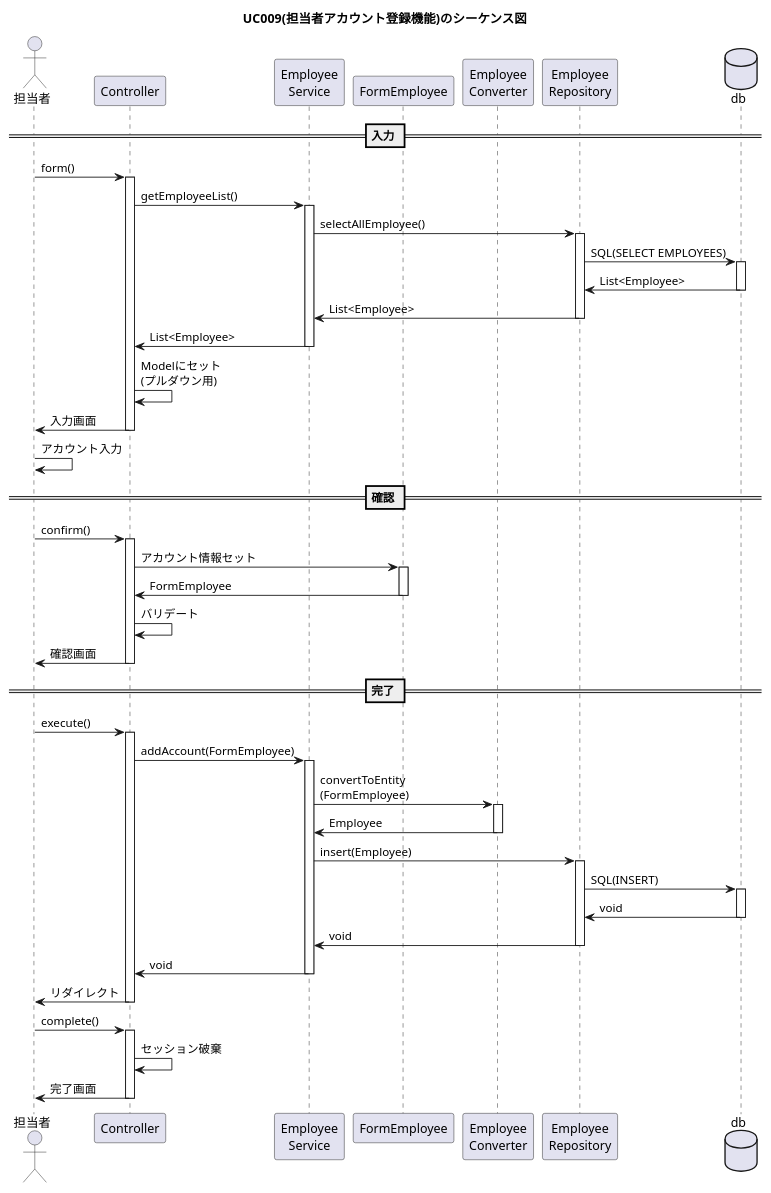
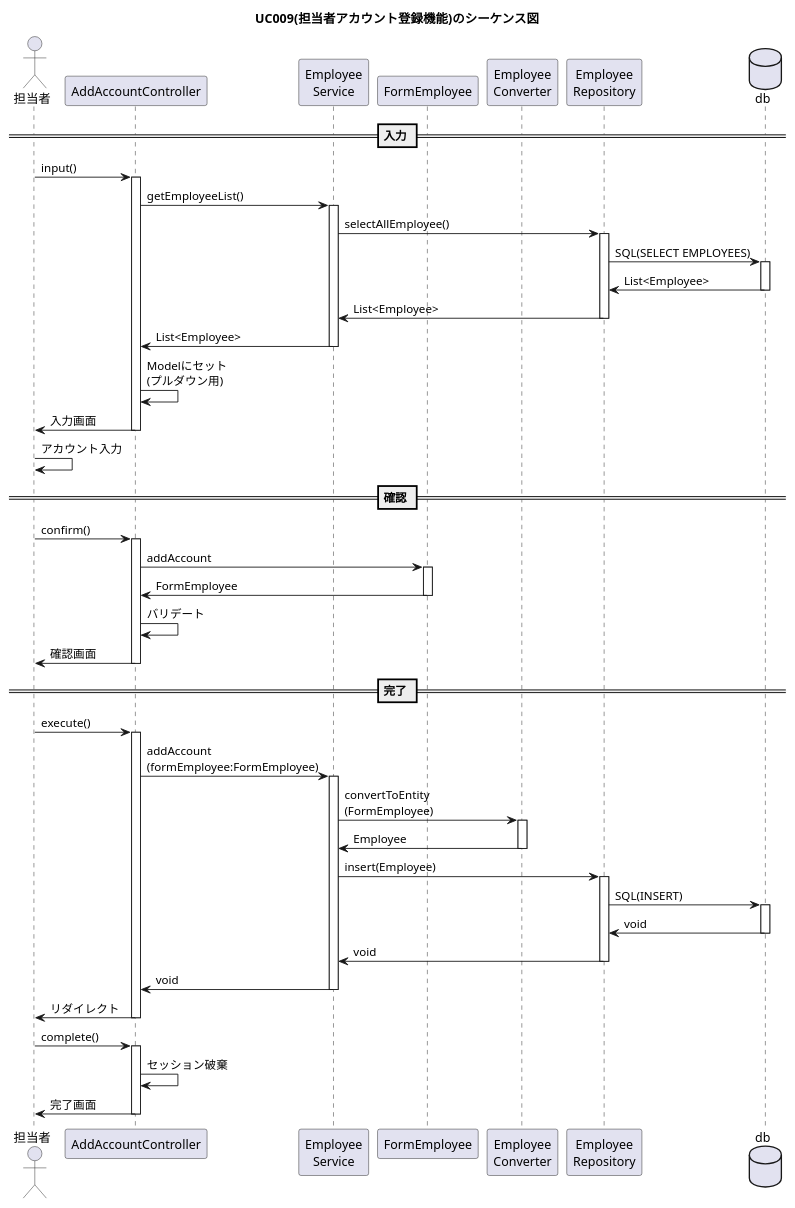
The diagram in plan/uml/sequence/uc009.plantuml (kanavii3333/ec-b), drawn with PlantUML before and after one commit. The commit also changed 5 other files, not shown here.

Commit message:
uc009~014.plantuml　修正

```diff
--- a/plan/uml/sequence/uc009.plantuml
+++ b/plan/uml/sequence/uc009.plantuml
@@ -1,42 +1,42 @@
 @startuml
 
 title UC009(担当者アカウント登録機能)のシーケンス図
 actor "担当者" as user
-participant "Controller" as controller
+participant "AddAccountController" as controller
 participant "Employee\nService" as service
 participant "FormEmployee" as form
 participant "Employee\nConverter" as helper
 participant "Employee\nRepository" as repository
 database "db" as db
  == 入力 ==
-user -> controller++:form()
+user -> controller++:input()
 controller -> service++:getEmployeeList()
 service -> repository++:selectAllEmployee()
 repository -> db++:SQL(SELECT EMPLOYEES)
 db -> repository--:List<Employee>
 repository -> service--:List<Employee>
 service -> controller--:List<Employee>
 controller -> controller:Modelにセット\n(プルダウン用)
 controller -> user--:入力画面
 user -> user:アカウント入力 
  == 確認 ==
 user -> controller++:confirm()
-controller -> form++:アカウント情報セット
+controller -> form++:addAccount
 form -> controller--:FormEmployee
 controller -> controller:バリデート
 controller -> user--:確認画面
  == 完了 ==
 user -> controller++:execute()
-controller -> service++:addAccount(FormEmployee)
+controller -> service++:addAccount\n(formEmployee:FormEmployee)
 service -> helper++:convertToEntity\n(FormEmployee)
 helper -> service--:Employee
 service -> repository++:insert(Employee)
 repository -> db++:SQL(INSERT)
 db -> repository--:void
 repository -> service--:void
 service -> controller--:void
 controller -> user--:リダイレクト
 user -> controller++:complete()
 controller -> controller:セッション破棄
 controller -> user--:完了画面
 @enduml
```
